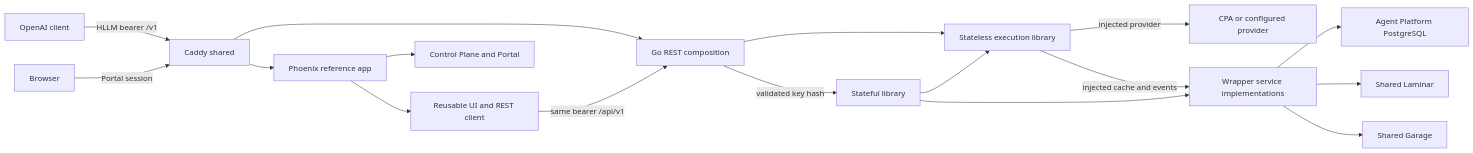
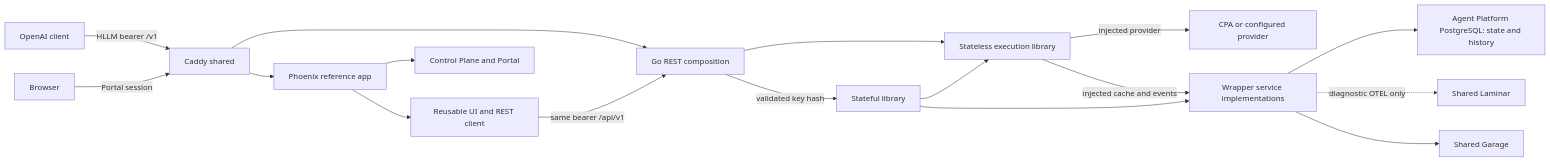
One commit to prls-co/harden-llm changed the diagram in plans/restore-reference-workflows-decoupling-plan.md. Above: the diagram before and after it, drawn with Mermaid. The commit also changed other lines of this file, not shown here.

````diff
--- a/plans/restore-reference-workflows-decoupling-plan.md
+++ b/plans/restore-reference-workflows-decoupling-plan.md
@@ -149,19 +145,19 @@
 ```mermaid
 flowchart LR
   SDK[OpenAI client] -->|HLLM bearer /v1| C[Caddy shared]
   Browser[Browser] -->|Portal session| C
   C --> Web[Phoenix reference app]
   C --> API[Go REST composition]
   Web --> UI[Reusable UI and REST client]
   UI -->|same bearer /api/v1| API
   API -->|validated key hash| W[Stateful library]
   API --> Core[Stateless execution library]
   W --> Core
   Core -->|injected provider| CPA[CPA or configured provider]
   Core -->|injected cache and events| Ports[Wrapper service implementations]
   W --> Ports
-  Ports --> PG[Agent Platform PostgreSQL]
-  Ports --> L[Shared Laminar]
+  Ports --> PG[Agent Platform PostgreSQL: state and history]
+  Ports -.->|diagnostic OTEL only| L[Shared Laminar]
   Ports --> G[Shared Garage]
   Web --> CP[Control Plane and Portal]
 ```
````
